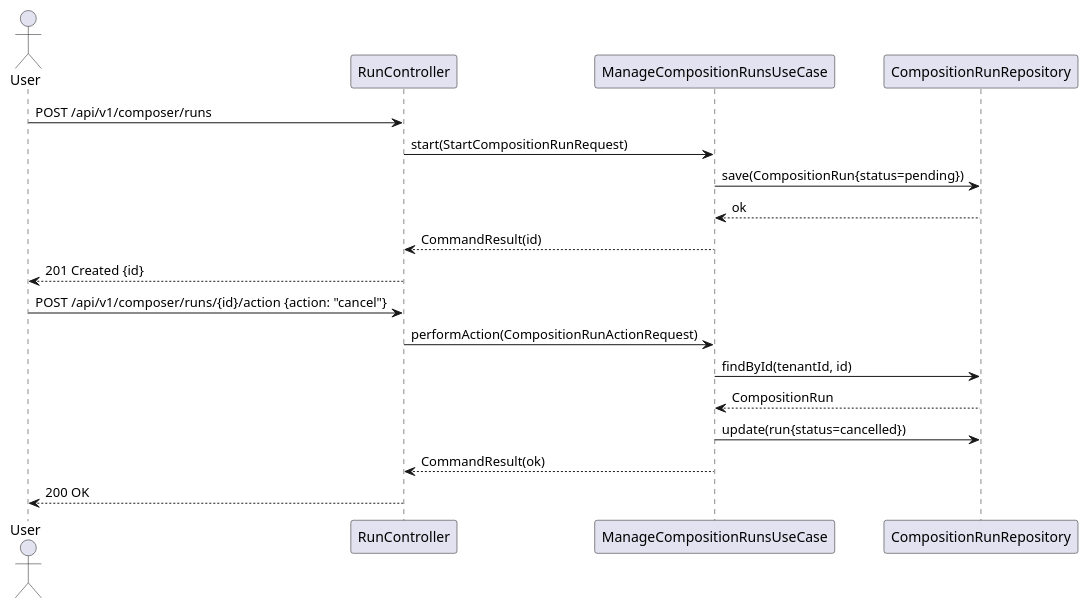
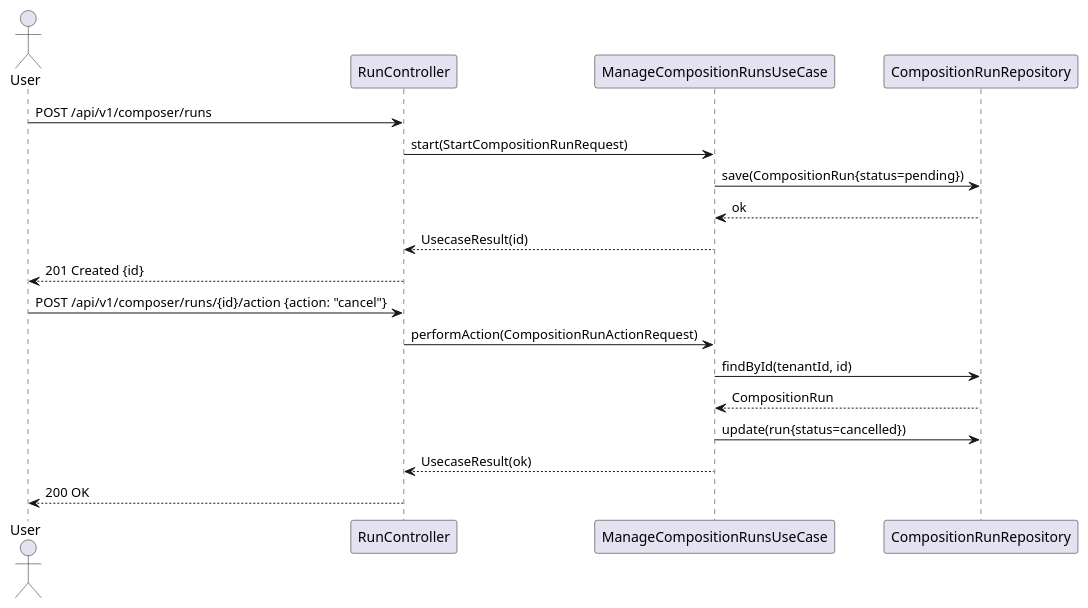
One commit to UIMSolutions/uim-platform changed the third of 3 diagrams in datasphere-composer/UML.md. Above: the diagram before and after it, drawn with PlantUML. The commit also changed 907 other files, not shown here.

Commit message:
Rename CommandResult

````diff
--- a/datasphere-composer/UML.md
+++ b/datasphere-composer/UML.md
@@ -149,23 +149,23 @@
 ```plantuml
 @startuml
 actor User
 participant "RunController" as C
 participant "ManageCompositionRunsUseCase" as UC
 participant "CompositionRunRepository" as R
 
 User -> C : POST /api/v1/composer/runs
 C -> UC : start(StartCompositionRunRequest)
 UC -> R : save(CompositionRun{status=pending})
 R --> UC : ok
-UC --> C : CommandResult(id)
+UC --> C : UsecaseResult(id)
 C --> User : 201 Created {id}
 
 User -> C : POST /api/v1/composer/runs/{id}/action {action: "cancel"}
 C -> UC : performAction(CompositionRunActionRequest)
 UC -> R : findById(tenantId, id)
 R --> UC : CompositionRun
 UC -> R : update(run{status=cancelled})
-UC --> C : CommandResult(ok)
+UC --> C : UsecaseResult(ok)
 C --> User : 200 OK
 @enduml
 ```
````
